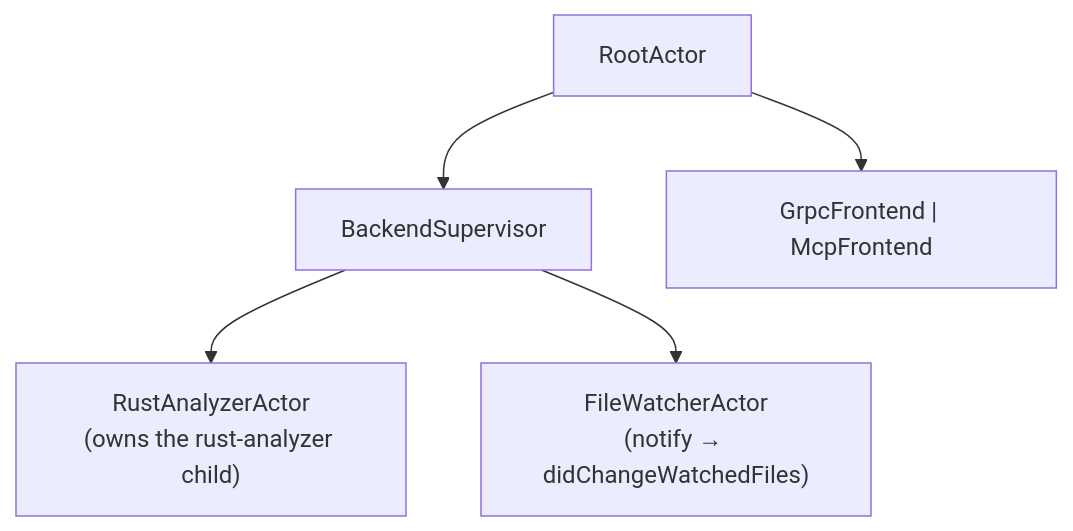
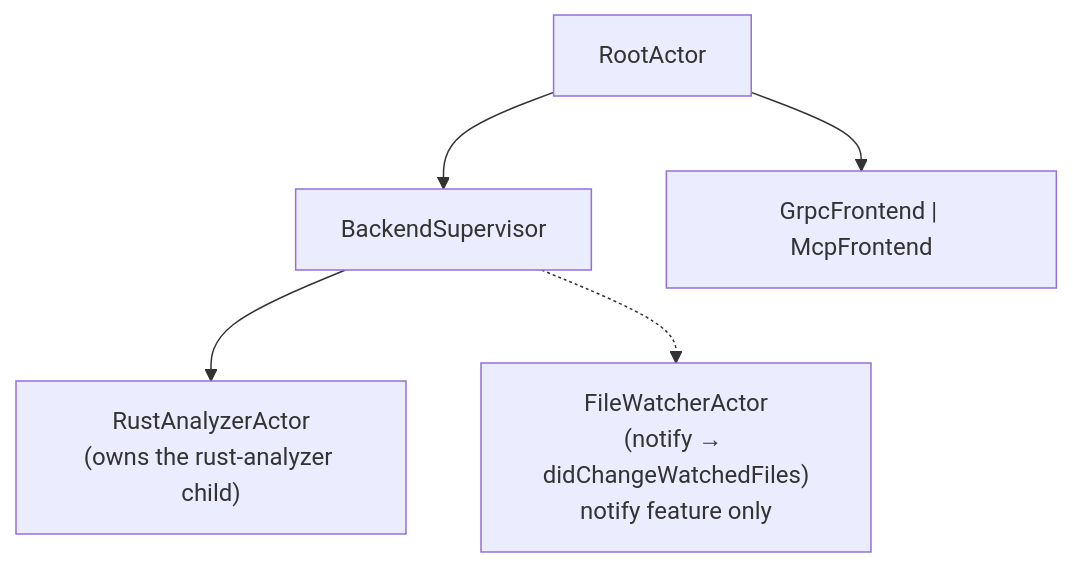
One commit to aisrael/racli changed the fifth of 5 diagrams in docs/high-level-architecture.md. Above: the diagram before and after it, drawn with Mermaid. The commit also changed other lines of this file and 16 other files, not shown here.

First line of the commit message:
Make notify an optional feature; let rust-analyzer watch files by default (ADR 005) (#30)

````diff
--- a/docs/high-level-architecture.md
+++ b/docs/high-level-architecture.md
@@ -92,7 +92,7 @@
 ```mermaid
 flowchart TD
     Root[RootActor] --> Backend[BackendSupervisor]
     Root --> Frontend["GrpcFrontend | McpFrontend"]
     Backend --> RA["RustAnalyzerActor<br/>(owns the rust-analyzer child)"]
-    Backend --> Watcher["FileWatcherActor<br/>(notify → didChangeWatchedFiles)"]
+    Backend -.-> Watcher["FileWatcherActor<br/>(notify → didChangeWatchedFiles)<br/>notify feature only"]
 ```
````
